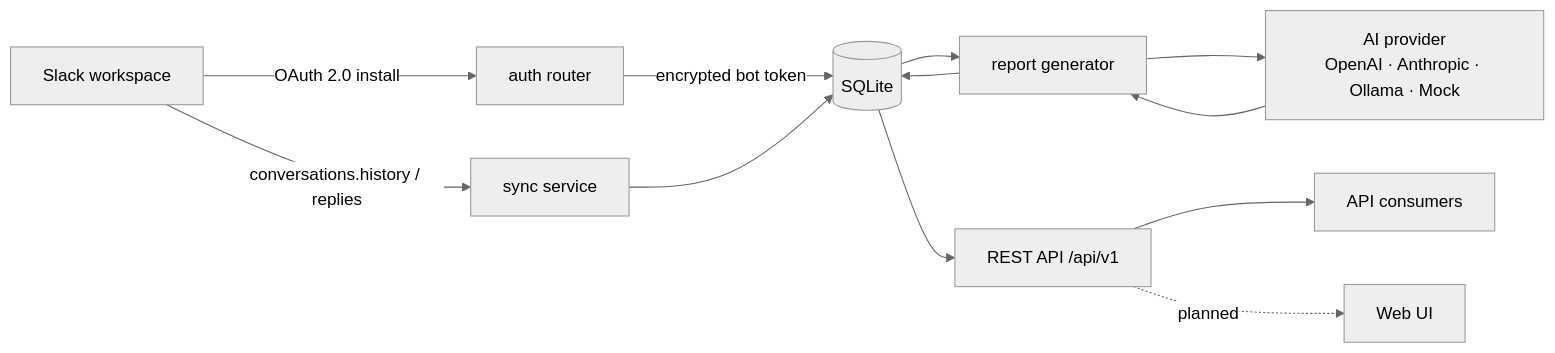
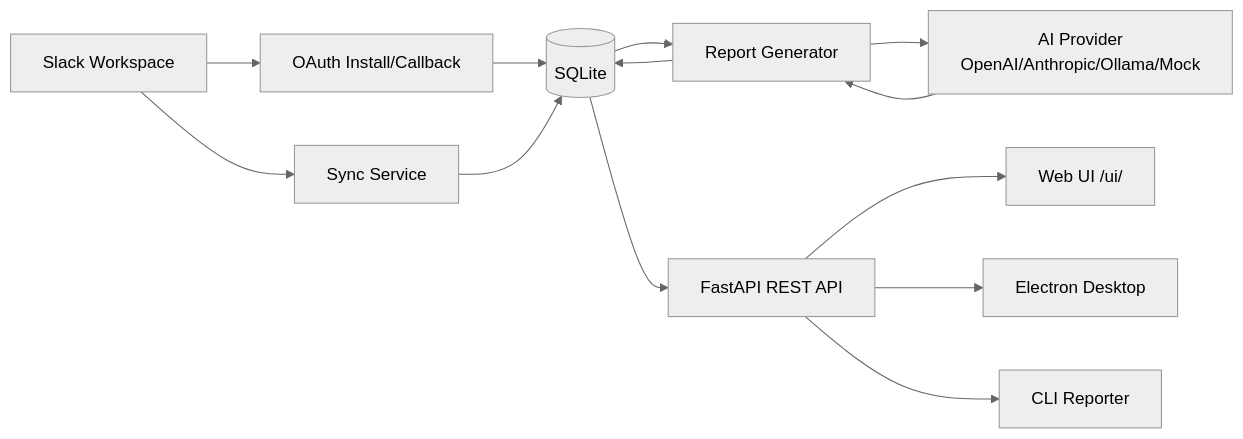
One commit to Vishwa-manikandan/auto-reporter-slack-teams changed the diagram in README.md. Above: the diagram before and after it, drawn with Mermaid (neutral theme). The commit also changed other lines of this file and 2 other files, not shown here.

````diff
--- a/README.md
+++ b/README.md
@@ -121,14 +167,15 @@
 ```mermaid
 flowchart LR
-    S[Slack workspace] -->|OAuth 2.0 install| AUTH[auth router]
-    AUTH -->|encrypted bot token| DB[(SQLite)]
-    S -->|conversations.history / replies| SYNC[sync service]
-    SYNC --> DB
-    DB --> GEN[report generator]
-    GEN --> AI[AI provider<br/>OpenAI · Anthropic · Ollama · Mock]
-    AI --> GEN
-    GEN --> DB
-    DB --> API[REST API /api/v1]
-    API --> CLIENT[API consumers]
-    API -.->|planned| UI[Web UI]
+    Slack[Slack Workspace] --> OAuth[OAuth Install/Callback]
+    OAuth --> DB[(SQLite)]
+    Slack --> Sync[Sync Service]
+    Sync --> DB
+    DB --> ReportGen[Report Generator]
+    ReportGen --> AI[AI Provider<br/>OpenAI/Anthropic/Ollama/Mock]
+    AI --> ReportGen
+    ReportGen --> DB
+    DB --> API[FastAPI REST API]
+    API --> WebUI[Web UI /ui/]
+    API --> Desktop[Electron Desktop]
+    API --> CLI[CLI Reporter]
 ```
````
